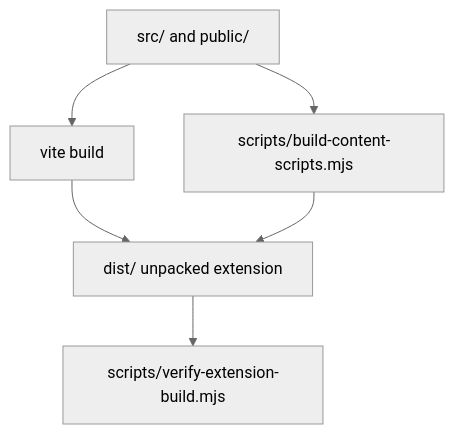
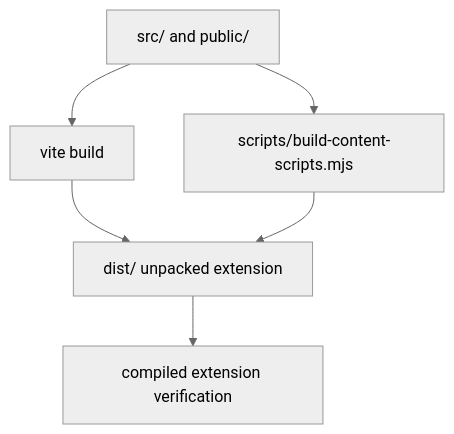
One commit to imom39a/lightstreamer-workbench-extension changed the second of 8 diagrams in docs/ARCHITECTURE.md. Above: the diagram before and after it, drawn with Mermaid (neutral theme). The commit also changed other lines of this file and 133 other files, not shown here.

````diff
--- a/docs/ARCHITECTURE.md
+++ b/docs/ARCHITECTURE.md
@@ -140,14 +136,14 @@
 ```mermaid
 flowchart TD
   Source["src/ and public/"]
   Vite["vite build"]
   Esbuild["scripts/build-content-scripts.mjs"]
-  Verify["scripts/verify-extension-build.mjs"]
+  Verify["compiled extension verification"]
   Dist["dist/ unpacked extension"]
 
   Source --> Vite
   Vite --> Dist
   Source --> Esbuild
   Esbuild --> Dist
   Dist --> Verify
 ```
````
